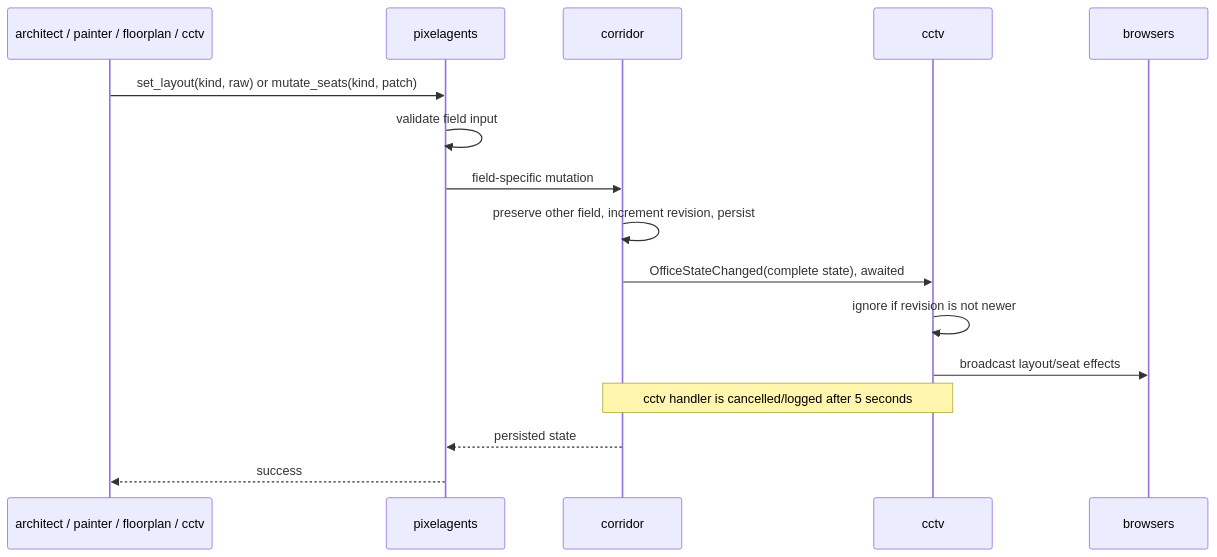
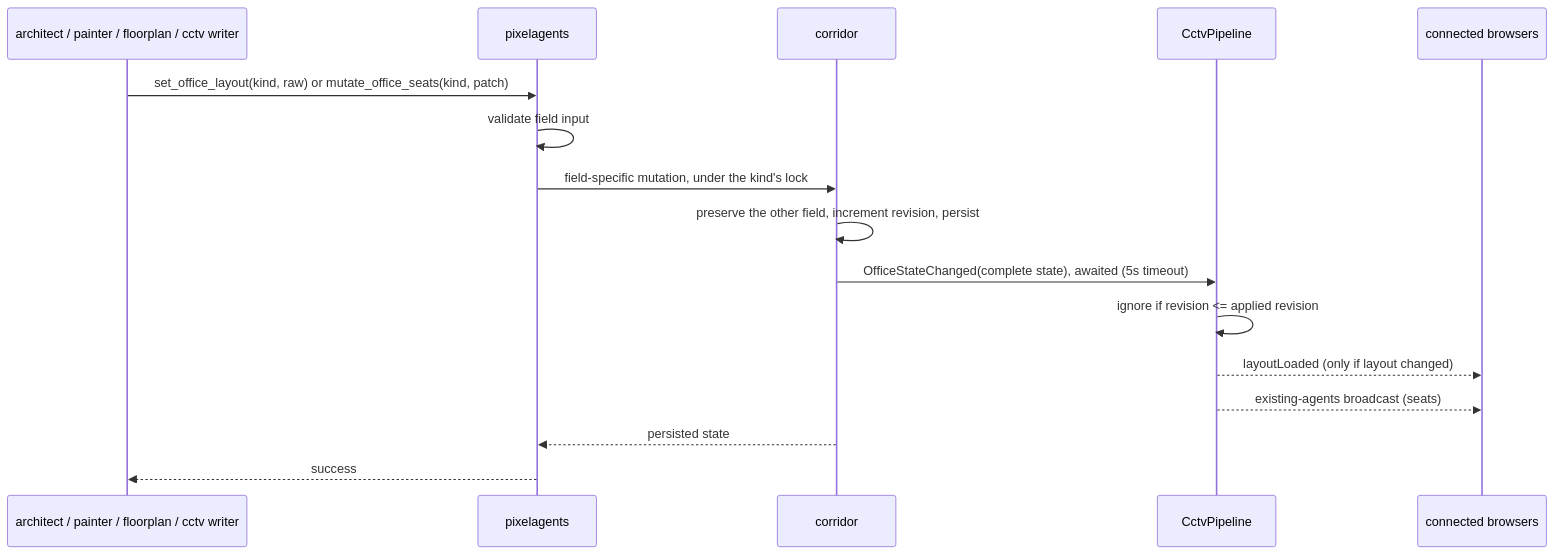
One commit to pixel-agents-hq/pixel-agents-cogs changed the third of 6 diagrams in docs/cctv-design.md. Above: the diagram before and after it, drawn with Mermaid. The commit also changed other lines of this file and 39 other files, not shown here.

````diff
--- a/docs/cctv-design.md
+++ b/docs/cctv-design.md
@@ -381,19 +219,19 @@
 ```mermaid
 sequenceDiagram
-    participant A as architect / painter / floorplan / cctv
-    participant P as pixelagents
-    participant R as corridor
-    participant C as cctv
-    participant B as browsers
+    participant W as architect / painter / floorplan / cctv writer
+    participant PA as pixelagents
+    participant Co as corridor
+    participant Pi as CctvPipeline
+    participant B as connected browsers
 
-    A->>P: set_layout(kind, raw) or mutate_seats(kind, patch)
-    P->>P: validate field input
-    P->>R: field-specific mutation
-    R->>R: preserve other field, increment revision, persist
-    R->>C: OfficeStateChanged(complete state), awaited
-    C->>C: ignore if revision is not newer
-    C->>B: broadcast layout/seat effects
-    Note over R,C: cctv handler is cancelled/logged after 5 seconds
-    R-->>P: persisted state
-    P-->>A: success
+    W->>PA: set_office_layout(kind, raw) or mutate_office_seats(kind, patch)
+    PA->>PA: validate field input
+    PA->>Co: field-specific mutation, under the kind's lock
+    Co->>Co: preserve the other field, increment revision, persist
+    Co->>Pi: OfficeStateChanged(complete state), awaited (5s timeout)
+    Pi->>Pi: ignore if revision <= applied revision
+    Pi-->>B: layoutLoaded (only if layout changed)
+    Pi-->>B: existing-agents broadcast (seats)
+    Co-->>PA: persisted state
+    PA-->>W: success
 ```
````
